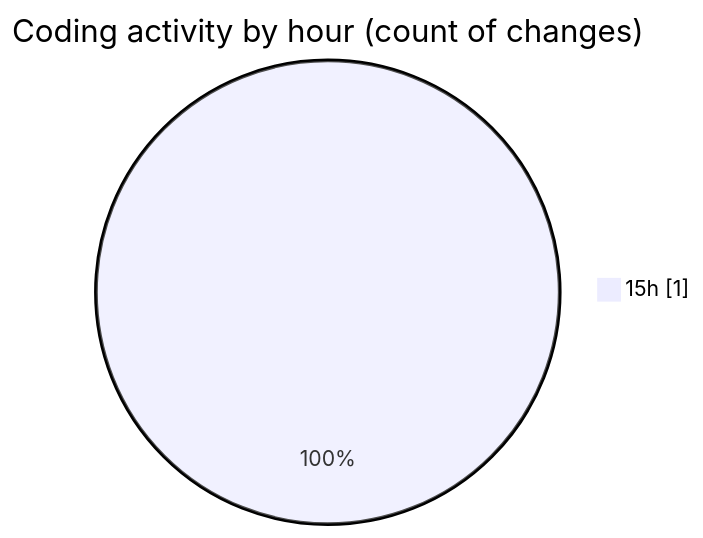
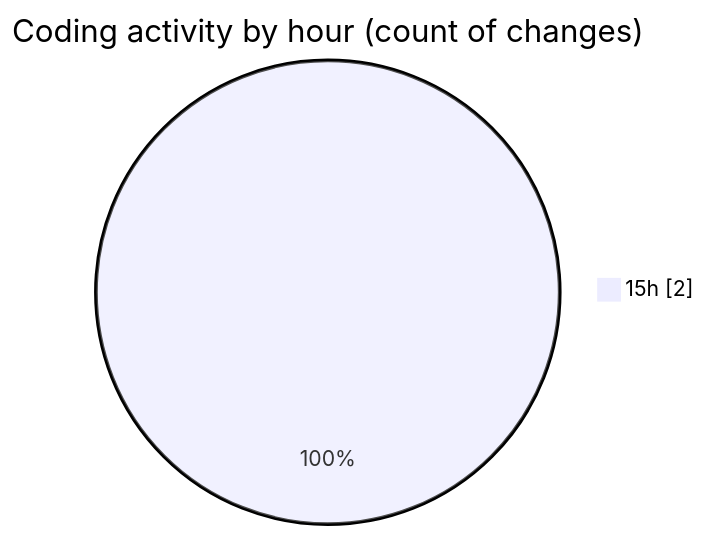
Before and after one commit to donsfak/code-tracking: the second of 2 diagrams in 2026-09-30/kouma_backend/README.md, drawn with Mermaid. The commit also changed other lines of this file and 1 other file, not shown here.

````diff
--- a/2026-09-30/kouma_backend/README.md
+++ b/2026-09-30/kouma_backend/README.md
@@ -28,5 +30,5 @@
 ```mermaid
 pie showData
 title Coding activity by hour (count of changes)
-"15h" : 1
+"15h" : 2
 ```
````
